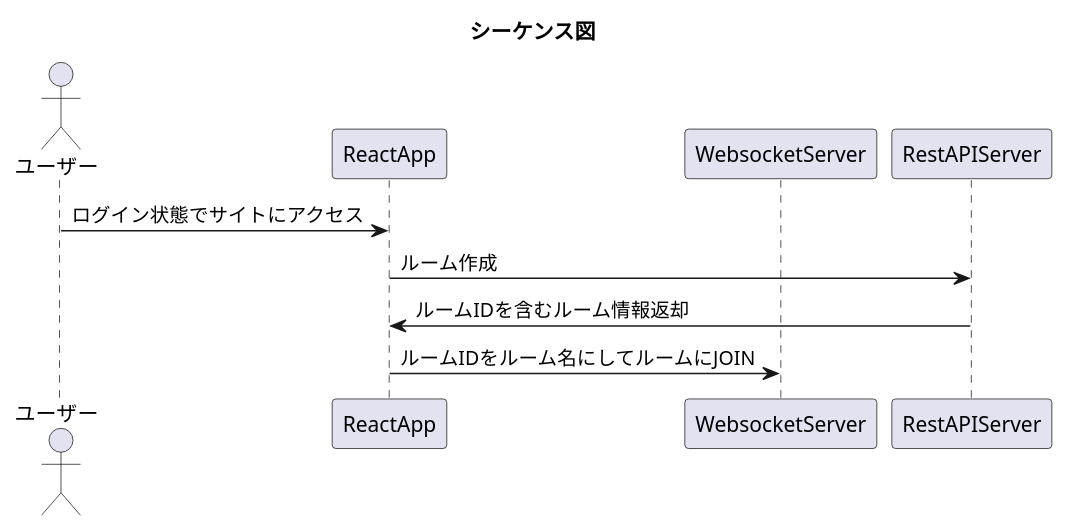
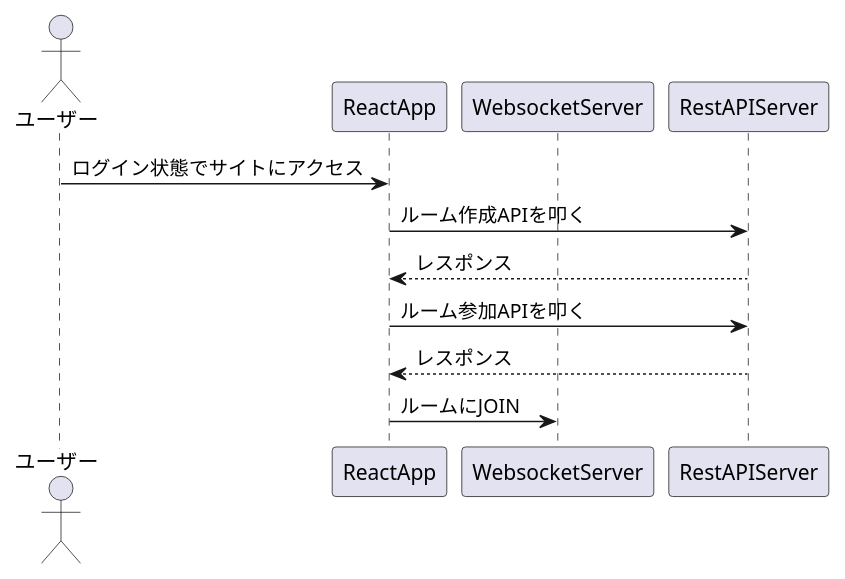
The diagram in websocket/ルーム作成.pu (taniwhy/mochi-match-rest), drawn with PlantUML before and after one commit. The commit also changed 15 other files, not shown here.

```diff
--- a/websocket/ルーム作成.pu
+++ b/websocket/ルーム作成.pu
@@ -1,15 +1,16 @@
 @startuml
-title シーケンス図
 
 actor ユーザー
 
 participant ReactApp
 participant WebsocketServer
 participant RestAPIServer
 
 ユーザー -> ReactApp : ログイン状態でサイトにアクセス
-ReactApp -> RestAPIServer : ルーム作成
-RestAPIServer -> ReactApp : ルームIDを含むルーム情報返却
-ReactApp -> WebsocketServer : ルームIDをルーム名にしてルームにJOIN
+ReactApp -> RestAPIServer : ルーム作成APIを叩く
+RestAPIServer --> ReactApp : レスポンス
+ReactApp -> RestAPIServer : ルーム参加APIを叩く
+RestAPIServer --> ReactApp : レスポンス
+ReactApp -> WebsocketServer : ルームにJOIN
 
 @enduml
```
